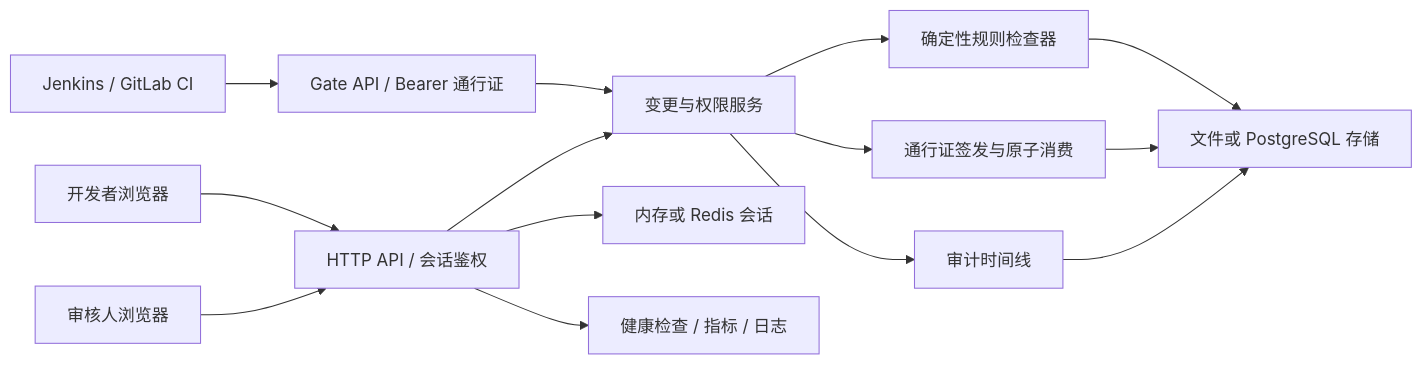
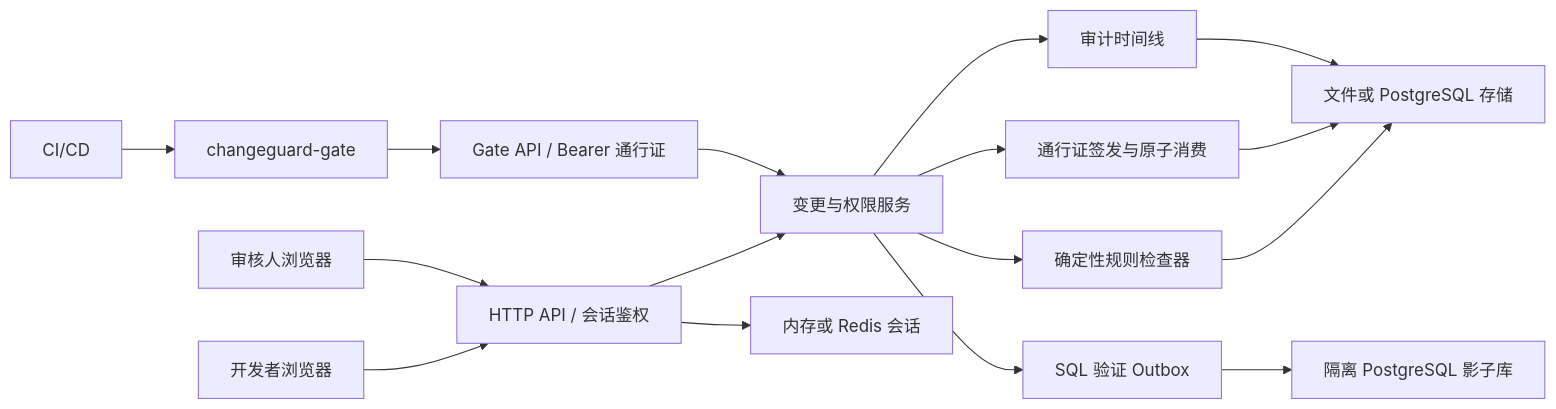
Before and after one commit to kyfd/changeguard: the first of 2 diagrams in docs/architecture.md, drawn with Mermaid. The commit also changed other lines of this file and 61 other files, not shown here.

````diff
--- a/docs/architecture.md
+++ b/docs/architecture.md
@@ -20,18 +16,20 @@
-~~~mermaid
+```mermaid
 flowchart LR
     DEV["开发者浏览器"] --> API["HTTP API / 会话鉴权"]
     REV["审核人浏览器"] --> API
-    CI["Jenkins / GitLab CI"] --> GATE["Gate API / Bearer 通行证"]
+    CI["CI/CD"] --> CLI["changeguard-gate"]
+    CLI --> GATE["Gate API / Bearer 通行证"]
 
     API --> SVC["变更与权限服务"]
     GATE --> SVC
     SVC --> CHECK["确定性规则检查器"]
     SVC --> PASS["通行证签发与原子消费"]
     SVC --> AUDIT["审计时间线"]
+    SVC --> OUTBOX["SQL 验证 Outbox"]
 
     CHECK --> DATA["文件或 PostgreSQL 存储"]
     PASS --> DATA
     AUDIT --> DATA
+    OUTBOX --> SHADOW["隔离 PostgreSQL 影子库"]
     API --> SESSION["内存或 Redis 会话"]
-    API --> OBS["健康检查 / 指标 / 日志"]
-~~~
+```
````
